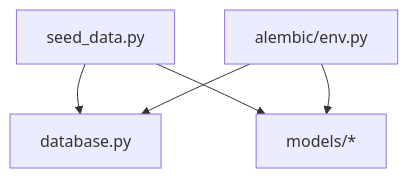
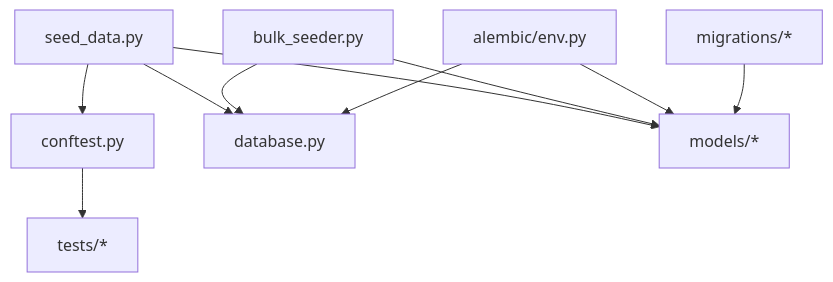
The fourth of 4 diagrams in .qoder/repowiki/en/content/Data Seeding & Configuration.md (bikinaplikasipakeqoder-dot/payroll-hris), drawn with Mermaid before and after one commit. The commit also changed other lines of this file and 22 other files, not shown here.

````diff
--- a/.qoder/repowiki/en/content/Data Seeding & Configuration.md
+++ b/.qoder/repowiki/en/content/Data Seeding & Configuration.md
@@ -255,11 +443,20 @@
 ```mermaid
 graph TB
 Seed["seed_data.py"]
+BulkSeed["bulk_seeder.py"]
+TestFix["conftest.py"]
 DB["database.py"]
 Models["models/*"]
 Alembic["alembic/env.py"]
+TestFiles["tests/*"]
+Migrations["migrations/*"]
 Seed --> DB
 Seed --> Models
+Seed --> TestFix
+BulkSeed --> DB
+BulkSeed --> Models
+TestFix --> TestFiles
 Alembic --> Models
 Alembic --> DB
+Migrations --> Models
 ```
````
